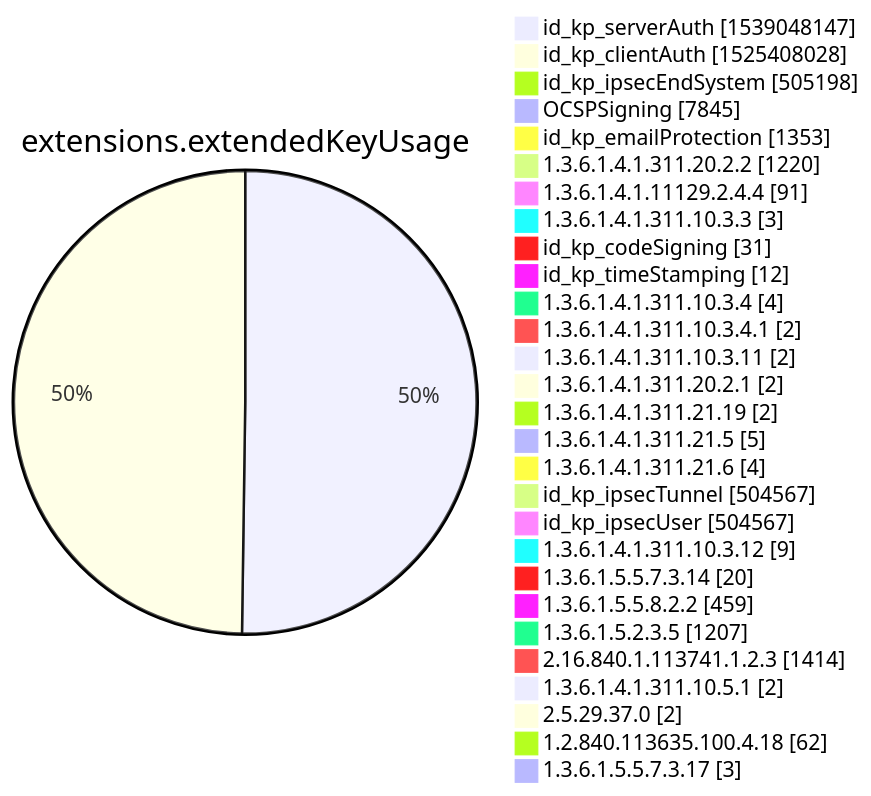
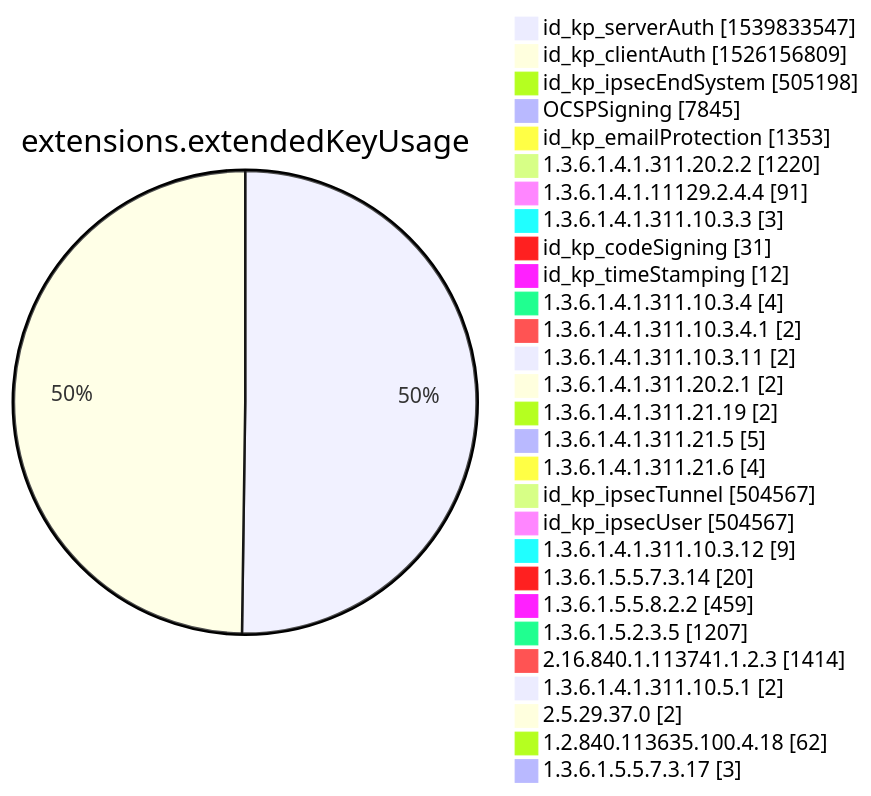
Diagram 12 of 15 in xenon2022/README.md (christiankrug/ctmonitor_visualization), drawn with Mermaid before and after one commit. The commit also changed other lines of this file, not shown here.

````diff
--- a/xenon2022/README.md
+++ b/xenon2022/README.md
@@ -3880,32 +3880,32 @@
 ```mermaid
 pie showData
 title extensions.extendedKeyUsage
-"id_kp_serverAuth" :1539048147
-"id_kp_clientAuth" :1525408028
+"id_kp_serverAuth" :1539833547
+"id_kp_clientAuth" :1526156809
 "id_kp_ipsecEndSystem" :505198
 "OCSPSigning" :7845
 "id_kp_emailProtection" :1353
 "1.3.6.1.4.1.311.20.2.2" :1220
 "1.3.6.1.4.1.11129.2.4.4" :91
 "1.3.6.1.4.1.311.10.3.3" :3
 "id_kp_codeSigning" :31
 "id_kp_timeStamping" :12
 "1.3.6.1.4.1.311.10.3.4" :4
 "1.3.6.1.4.1.311.10.3.4.1" :2
 "1.3.6.1.4.1.311.10.3.11" :2
 "1.3.6.1.4.1.311.20.2.1" :2
 "1.3.6.1.4.1.311.21.19" :2
 "1.3.6.1.4.1.311.21.5" :5
 "1.3.6.1.4.1.311.21.6" :4
 "id_kp_ipsecTunnel" :504567
 "id_kp_ipsecUser" :504567
 "1.3.6.1.4.1.311.10.3.12" :9
 "1.3.6.1.5.5.7.3.14" :20
 "1.3.6.1.5.5.8.2.2" :459
 "1.3.6.1.5.2.3.5" :1207
 "2.16.840.1.113741.1.2.3" :1414
 "1.3.6.1.4.1.311.10.5.1" :2
 "2.5.29.37.0" :2
 "1.2.840.113635.100.4.18" :62
 "1.3.6.1.5.5.7.3.17" :3
 ```
````
